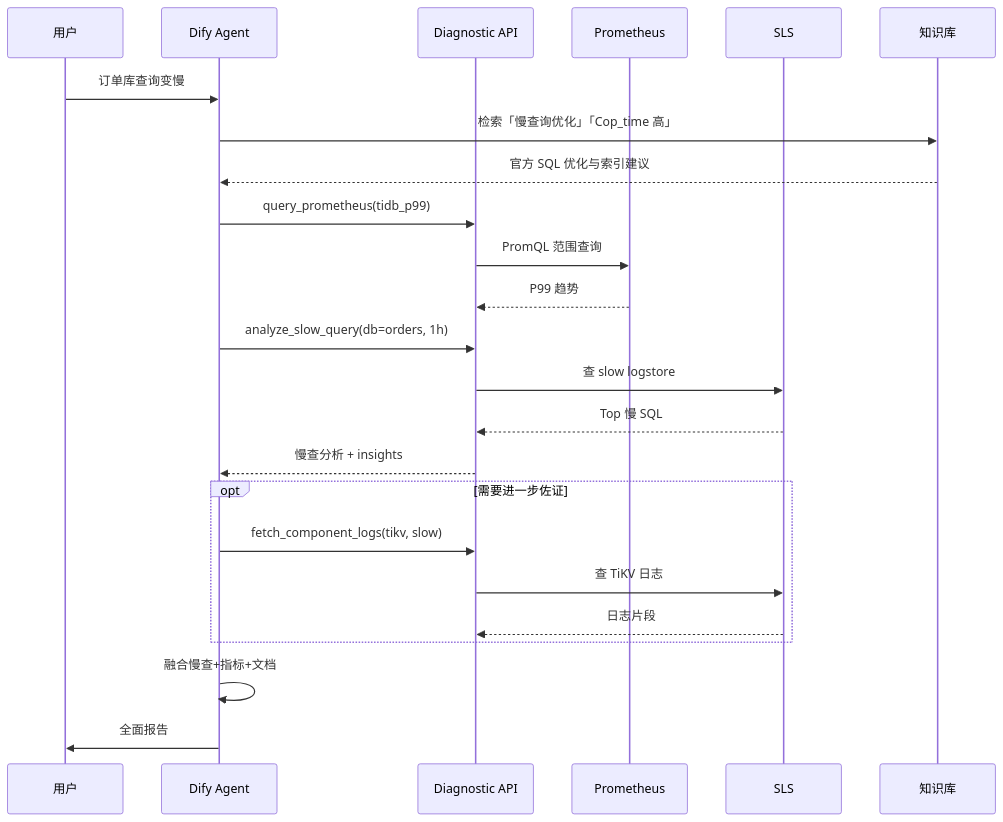
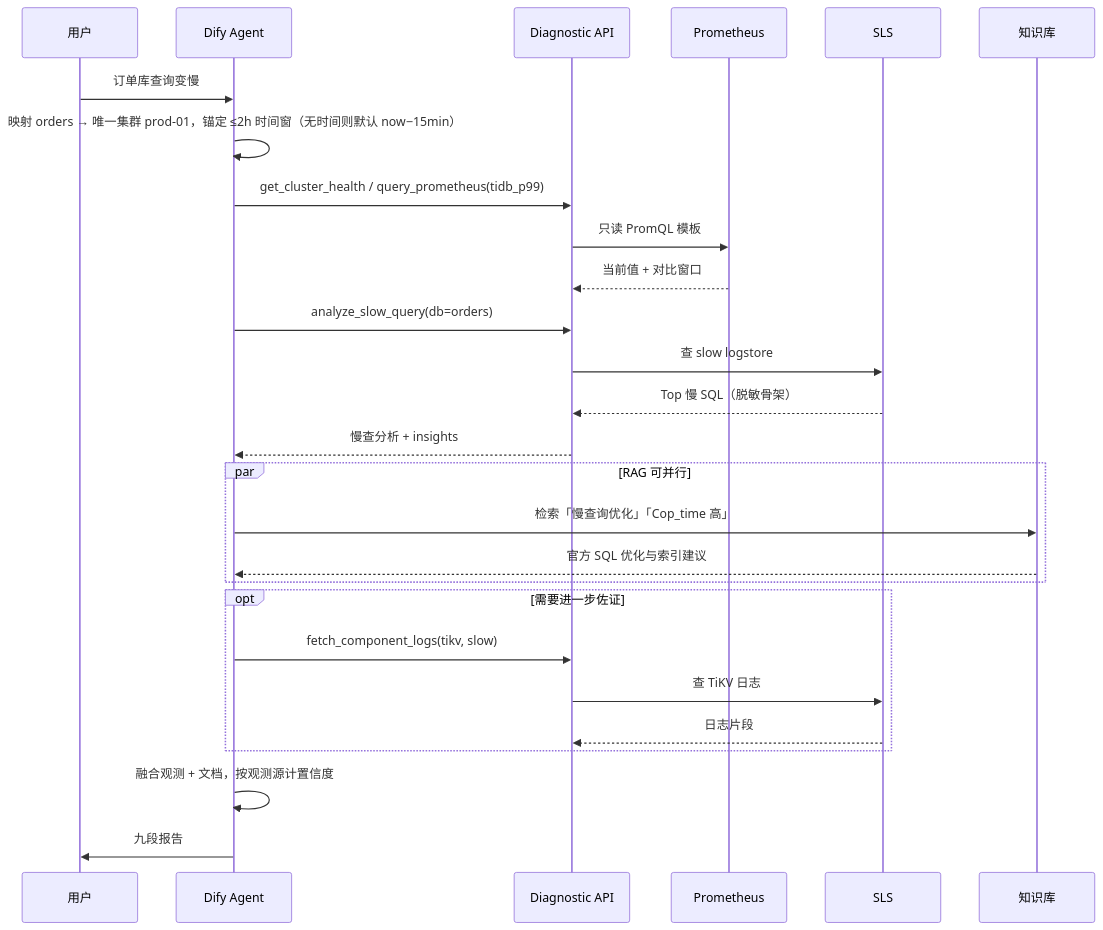
One commit to yangzhengjie/tidb-diag changed the eighth of 10 diagrams in docs/tidb-diag-agent-technical-design.md. Above: the diagram before and after it, drawn with Mermaid. The commit also changed other lines of this file and 1 other file, not shown here.

First line of the commit message:
docs(architecture): revise requirements and design to v1.9

````diff
--- a/docs/tidb-diag-agent-technical-design.md
+++ b/docs/tidb-diag-agent-technical-design.md
@@ -609,27 +720,30 @@
 ```mermaid
 sequenceDiagram
     participant U as 用户
     participant A as Dify Agent
     participant API as Diagnostic API
     participant P as Prometheus
     participant S as SLS
     participant KB as 知识库
 
     U->>A: 订单库查询变慢
-    A->>KB: 检索「慢查询优化」「Cop_time 高」
-    KB-->>A: 官方 SQL 优化与索引建议
-    A->>API: query_prometheus(tidb_p99)
-    API->>P: PromQL 范围查询
-    P-->>API: P99 趋势
-    A->>API: analyze_slow_query(db=orders, 1h)
+    A->>A: 映射 orders → 唯一集群 prod-01，锚定 ≤2h 时间窗（无时间则默认 now−15min）
+    A->>API: get_cluster_health / query_prometheus(tidb_p99)
+    API->>P: 只读 PromQL 模板
+    P-->>API: 当前值 + 对比窗口
+    A->>API: analyze_slow_query(db=orders)
     API->>S: 查 slow logstore
-    S-->>API: Top 慢 SQL
+    S-->>API: Top 慢 SQL（脱敏骨架）
     API-->>A: 慢查分析 + insights
+    par RAG 可并行
+        A->>KB: 检索「慢查询优化」「Cop_time 高」
+        KB-->>A: 官方 SQL 优化与索引建议
+    end
     opt 需要进一步佐证
         A->>API: fetch_component_logs(tikv, slow)
         API->>S: 查 TiKV 日志
         S-->>API: 日志片段
     end
-    A->>A: 融合慢查+指标+文档
-    A->>U: 全面报告
+    A->>A: 融合观测 + 文档，按观测源计置信度
+    A->>U: 九段报告
 ```
````
